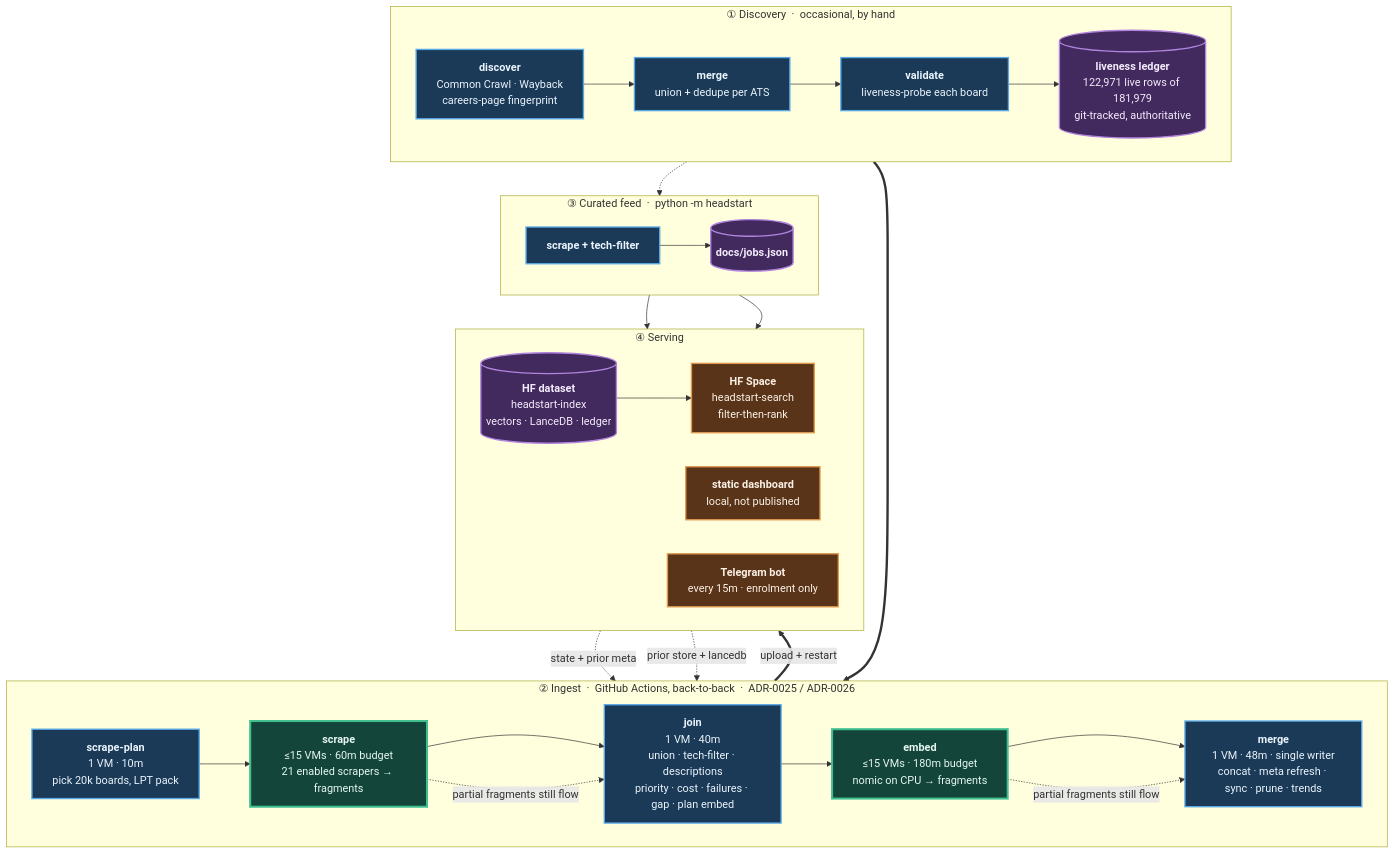
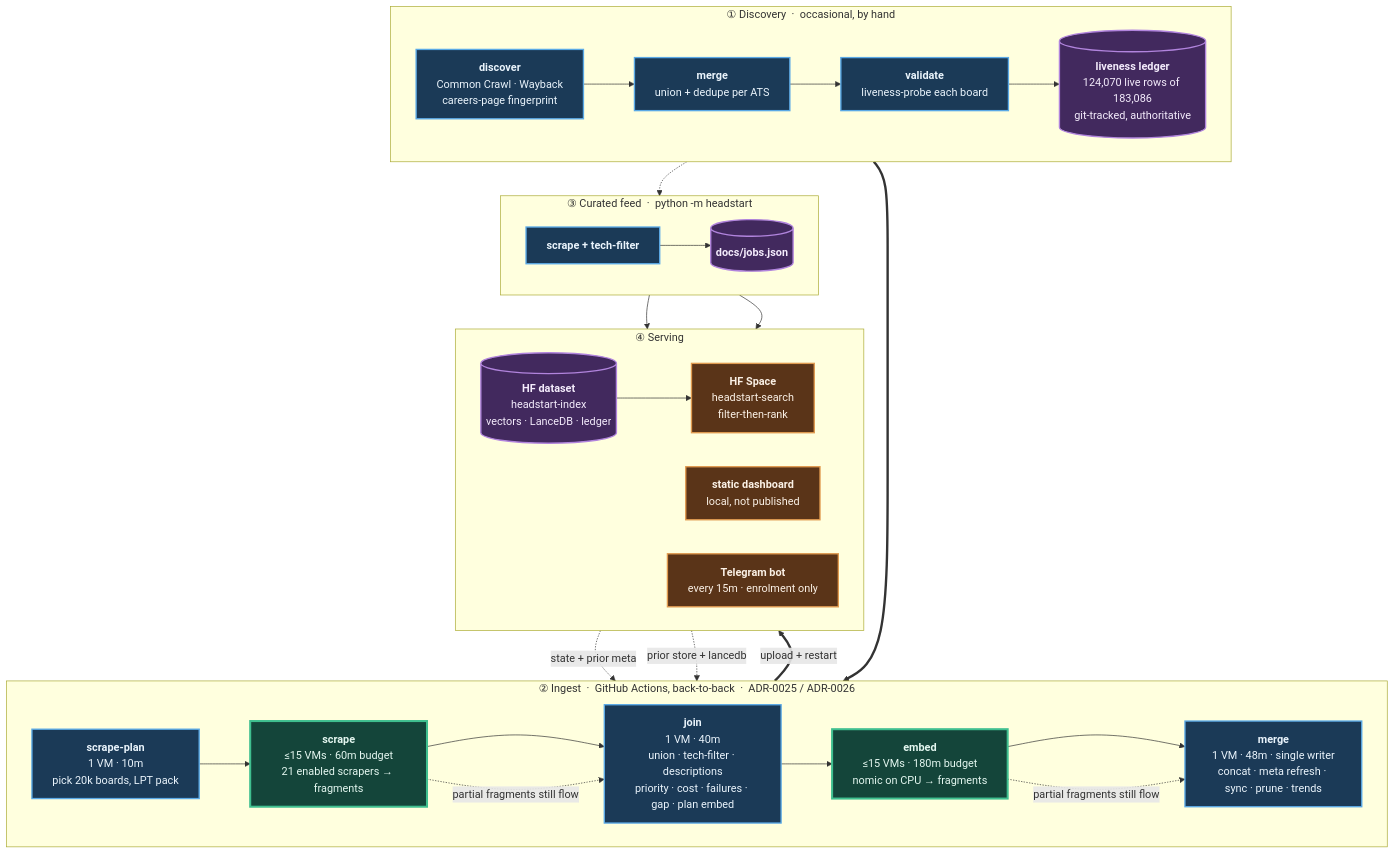
One commit to sarthakjain004/headstart changed the diagram in README.md. Above: the diagram before and after it, drawn with Mermaid. The commit also changed other lines of this file and 12 other files, not shown here.

````diff
--- a/README.md
+++ b/README.md
@@ -84,56 +84,56 @@
 ```mermaid
 flowchart TB
     subgraph D["① Discovery &nbsp;·&nbsp; occasional, by hand"]
         direction LR
         D1["<b>discover</b><br/>Common Crawl · Wayback<br/>careers-page fingerprint"]
         D2["<b>merge</b><br/>union + dedupe per ATS"]
         D3["<b>validate</b><br/>liveness-probe each board"]
-        D4[("<b>liveness ledger</b><br/>122,971 live rows of 181,979<br/>git-tracked, authoritative")]
+        D4[("<b>liveness ledger</b><br/>124,070 live rows of 183,086<br/>git-tracked, authoritative")]
         D1 --> D2 --> D3 --> D4
     end
 
     subgraph P["② Ingest &nbsp;·&nbsp; GitHub Actions, back-to-back &nbsp;·&nbsp; ADR-0025 / ADR-0026"]
         direction LR
         P1["<b>scrape-plan</b><br/>1 VM · 10m<br/>pick 20k boards, LPT pack"]
         P2["<b>scrape</b><br/>≤15 VMs · 60m budget<br/>21 enabled scrapers → fragments"]
         P3["<b>join</b><br/>1 VM · 40m<br/>union · tech-filter · descriptions<br/>priority · cost · failures · gap · plan embed"]
         P4["<b>embed</b><br/>≤15 VMs · 180m budget<br/>nomic on CPU → fragments"]
         P5["<b>merge</b><br/>1 VM · 48m · single writer<br/>concat · meta refresh · sync · prune · trends"]
         P1 --> P2 --> P3 --> P4 --> P5
     end
 
     subgraph F["③ Curated feed &nbsp;·&nbsp; python -m headstart"]
         direction LR
         F1["<b>scrape + tech-filter</b>"]
         F2[("<b>docs/jobs.json</b>")]
         F1 --> F2
     end
 
     subgraph S["④ Serving"]
         direction LR
         S1[("<b>HF dataset</b><br/>headstart-index<br/>vectors · LanceDB · ledger")]
         S2["<b>HF Space</b><br/>headstart-search<br/>filter-then-rank"]
         S3["<b>static dashboard</b><br/>local, not published"]
         S4["<b>Telegram bot</b><br/>every 15m · enrolment only"]
         S1 --> S2
     end
 
     D4 ==> P1
     S1 -. "state + prior meta" .-> P1
     S1 -. "prior store + lancedb" .-> P5
     D4 -.-> F1
     P5 ==>|"upload + restart"| S1
     F2 --> S3
     F2 --> S4
     P2 -. "partial fragments still flow" .-> P3
     P4 -. "partial fragments still flow" .-> P5
 
     classDef serial fill:#1b3a57,stroke:#5aa9e6,stroke-width:2px,color:#eaf4fc
     classDef fan fill:#14453a,stroke:#3fbf8f,stroke-width:3px,color:#e4f7f0
     classDef store fill:#42295e,stroke:#b184dd,stroke-width:2px,color:#f4ecfc
     classDef serve fill:#5a3418,stroke:#e09a4f,stroke-width:2px,color:#fbf1e6
     class D1,D2,D3,P1,P3,P5,F1 serial
     class P2,P4 fan
     class D4,F2,S1 store
     class S2,S3,S4 serve
 ```
````
